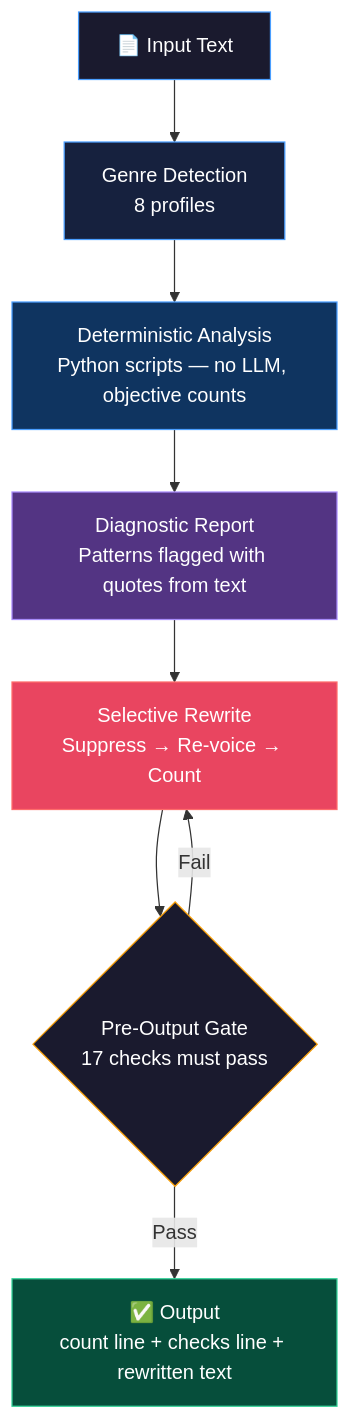
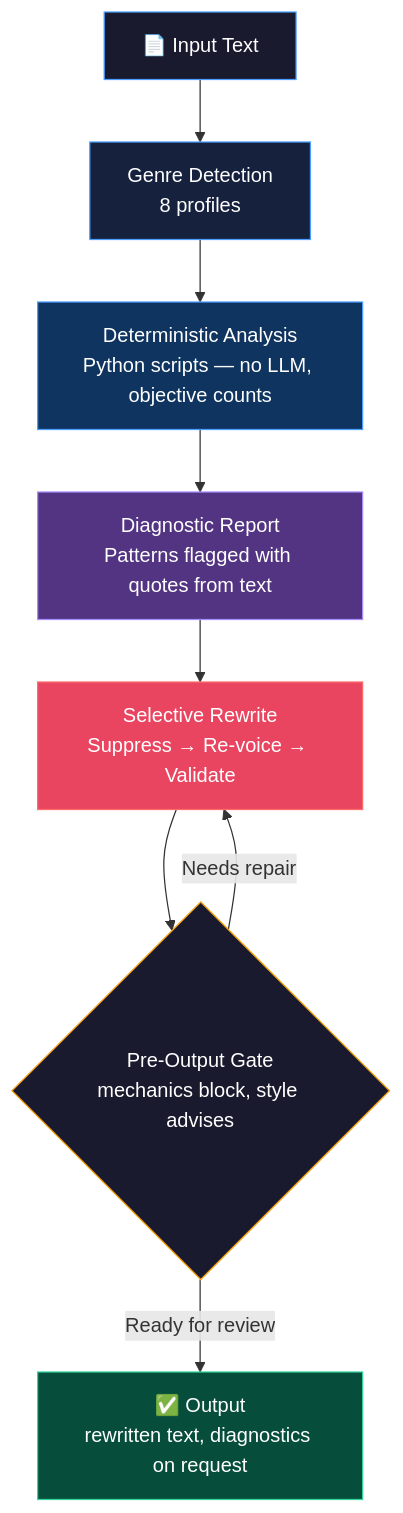
The first of 3 diagrams in README.md (udaysharmadev/Not-Ai), drawn with Mermaid before and after one commit. The commit also changed other lines of this file and 19 other files, not shown here.

````diff
--- a/README.md
+++ b/README.md
@@ -93,18 +93,18 @@
 ```mermaid
 flowchart TD
     A["📄 Input Text"] --> B["Genre Detection\n8 profiles"]
     B --> C["Deterministic Analysis\nPython scripts — no LLM, objective counts"]
     C --> D["Diagnostic Report\nPatterns flagged with quotes from text"]
-    D --> E["Selective Rewrite\nSuppress → Re-voice → Count"]
-    E --> F{"Pre-Output Gate\n17 checks must pass"}
-    F -->|"Fail"| E
-    F -->|"Pass"| G["✅ Output\ncount line + checks line + rewritten text"]
+    D --> E["Selective Rewrite\nSuppress → Re-voice → Validate"]
+    E --> F{"Pre-Output Gate\nmechanics block, style advises"}
+    F -->|"Needs repair"| E
+    F -->|"Ready for review"| G["✅ Output\nrewritten text, diagnostics on request"]
 
     style A fill:#1a1a2e,color:#fff,stroke:#4a9eff
     style B fill:#16213e,color:#fff,stroke:#4a9eff
     style C fill:#0f3460,color:#fff,stroke:#4a9eff
     style D fill:#533483,color:#fff,stroke:#a78bfa
     style E fill:#e94560,color:#fff,stroke:#ff6b6b
     style F fill:#1a1a2e,color:#fff,stroke:#f59e0b
     style G fill:#064e3b,color:#fff,stroke:#34d399
 ```
````
